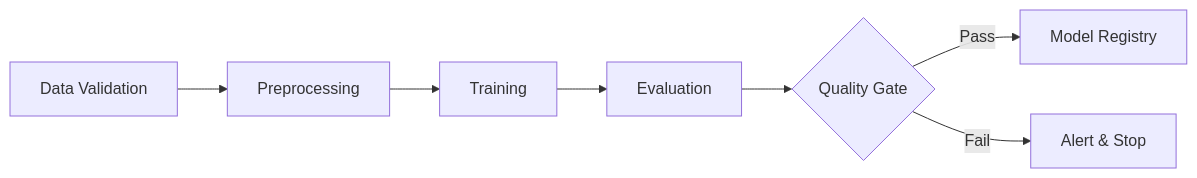
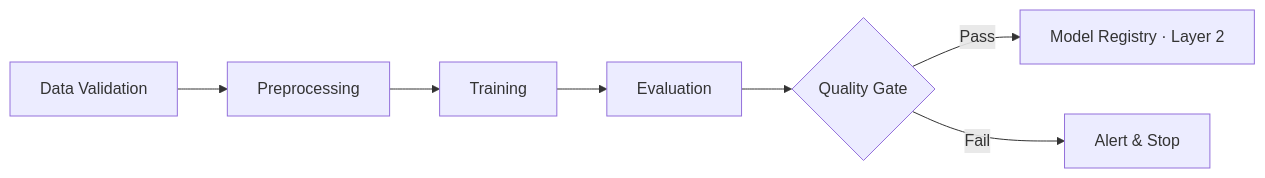
The fifth of 10 diagrams in docs/agentic-ai-platform/design-architecture/foundations/agentic-platform-architecture.md (devfloor9/engineering-playbook), drawn with Mermaid before and after one commit. The commit also changed other lines of this file and 24 other files, not shown here.

````diff
--- a/docs/agentic-ai-platform/design-architecture/foundations/agentic-platform-architecture.md
+++ b/docs/agentic-ai-platform/design-architecture/foundations/agentic-platform-architecture.md
@@ -456,9 +499,9 @@
 ```mermaid
 graph LR
     A[Data Validation] --> B[Preprocessing]
     B --> C[Training]
     C --> D[Evaluation]
     D --> E{Quality Gate}
-    E -->|Pass| F[Model Registry]
+    E -->|Pass| F[Model Registry · Layer 2]
     E -->|Fail| G[Alert & Stop]
 ```
````
